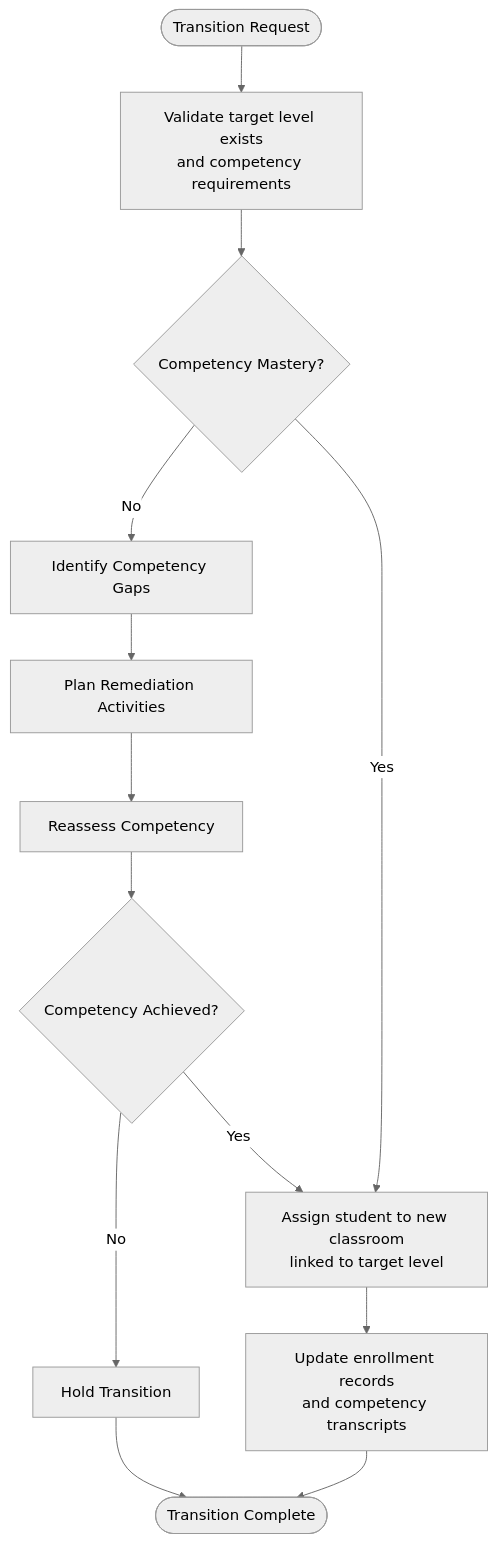
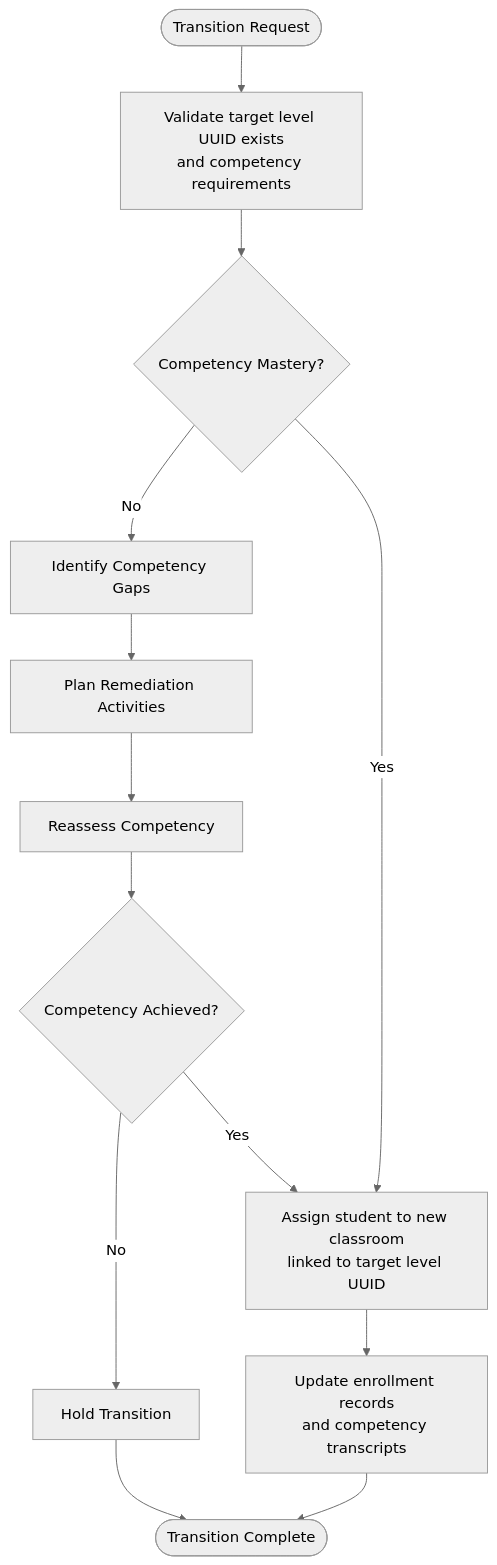
One commit to franckylab/eLISAschool changed the eighth of 10 diagrams in .qoder/repowiki/en/content/Modules & Features/Academic Modules/Curriculum Structure (Cycles & Levels).md. Above: the diagram before and after it, drawn with Mermaid (neutral theme). The commit also changed other lines of this file and 95 other files, not shown here.

First line of the commit message:
refactor(architecture): corriger la source de vérité des informations établissement

````diff
--- a/.qoder/repowiki/en/content/Modules & Features/Academic Modules/Curriculum Structure (Cycles & Levels).md
+++ b/.qoder/repowiki/en/content/Modules & Features/Academic Modules/Curriculum Structure (Cycles & Levels).md
@@ -498,15 +502,15 @@
 ```mermaid
 flowchart TD
-Start(["Transition Request"]) --> Validate["Validate target level exists<br/>and competency requirements"]
+Start(["Transition Request"]) --> Validate["Validate target level UUID exists<br/>and competency requirements"]
 Validate --> Competency{"Competency Mastery?"}
 Competency --> |No| GapAnalysis["Identify Competency Gaps"]
 GapAnalysis --> Remediation["Plan Remediation Activities"]
 Remediation --> Reassessment["Reassess Competency"]
 Reassessment --> CompetencyCheck{"Competency Achieved?"}
 CompetencyCheck --> |No| Hold["Hold Transition"]
-CompetencyCheck --> |Yes| Assign["Assign student to new classroom<br/>linked to target level"]
+CompetencyCheck --> |Yes| Assign["Assign student to new classroom<br/>linked to target level UUID"]
 Competency --> |Yes| Assign
 Assign --> Update["Update enrollment records<br/>and competency transcripts"]
 Update --> Done(["Transition Complete"])
 Hold --> Done
 ```
````
